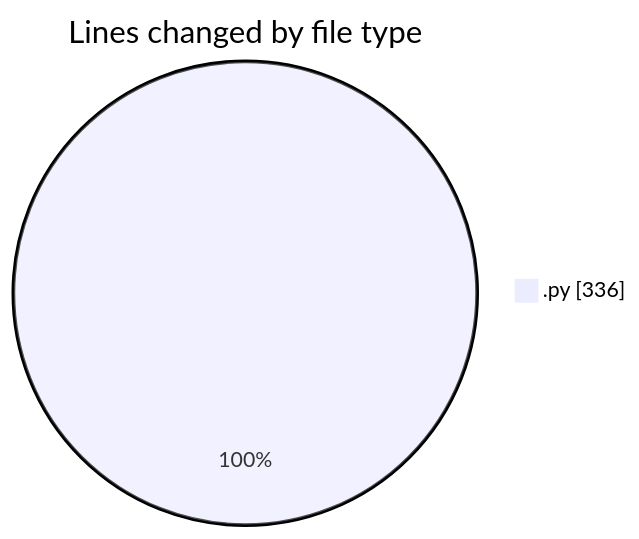
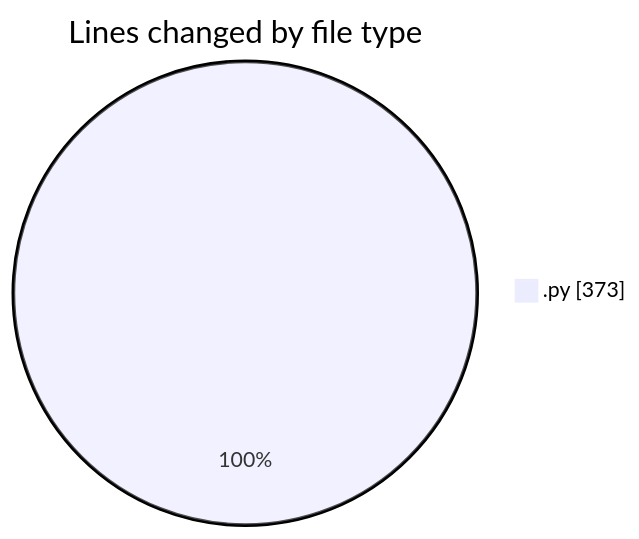
The first of 2 diagrams in 2025-03-08/myws__workspace_/README.md (MatusMokan/code-tracking), drawn with Mermaid before and after one commit. The commit also changed other lines of this file and 1 other file, not shown here.

````diff
--- a/2025-03-08/myws__workspace_/README.md
+++ b/2025-03-08/myws__workspace_/README.md
@@ -20,5 +20,5 @@
 ```mermaid
 pie showData
 title Lines changed by file type
-".py" : 336
+".py" : 373
 ```
````
